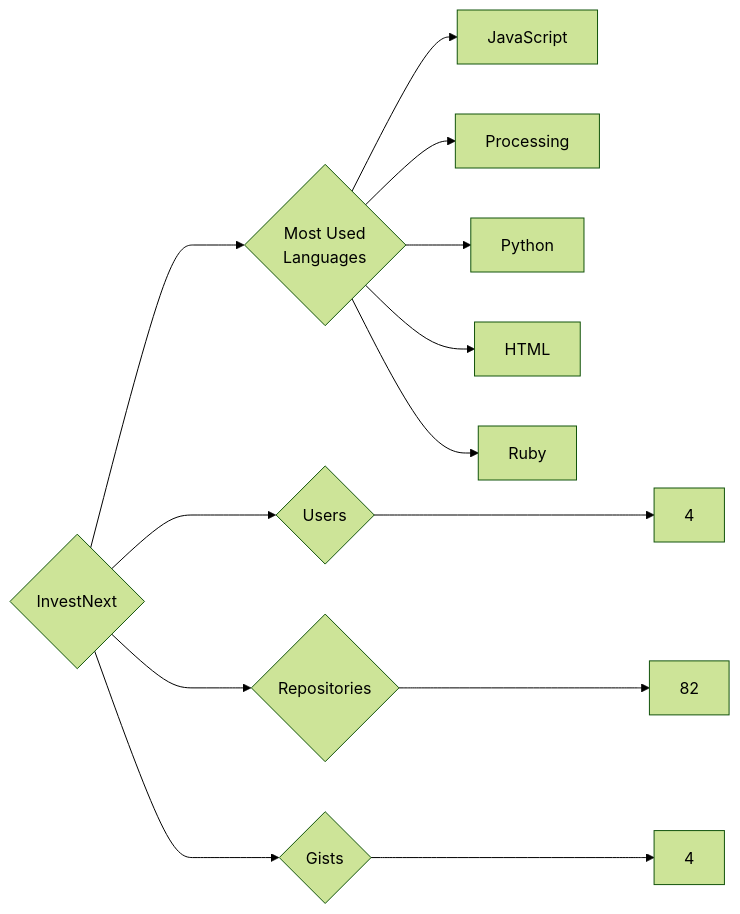
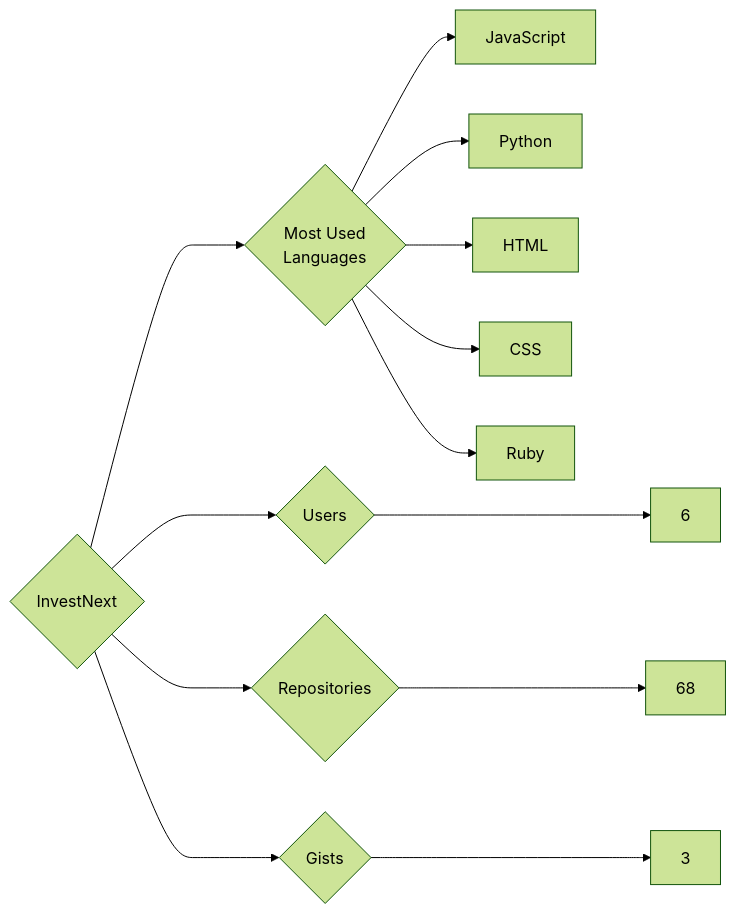
The diagram in targets/InvestNext/README.md (trickest/insiders), drawn with Mermaid (forest theme) before and after one commit. The commit also changed 1120 other files, not shown here.

````diff
--- a/targets/InvestNext/README.md
+++ b/targets/InvestNext/README.md
@@ -3,13 +3,13 @@
 ```mermaid
 graph LR
 COMPANY_NAME{InvestNext}
-COMPANY_NAME ---> U{Users} ---> UN[4]
-COMPANY_NAME ---> R{Repositories} ---> RN[82]
-COMPANY_NAME ---> G{Gists} ---> GN[4]
+COMPANY_NAME ---> U{Users} ---> UN[6]
+COMPANY_NAME ---> R{Repositories} ---> RN[68]
+COMPANY_NAME ---> G{Gists} ---> GN[3]
 COMPANY_NAME ---> ML{Most Used<br>Languages}
 ML --> JavaScript[JavaScript]
-ML --> Processing[Processing]
 ML --> Python[Python]
 ML --> HTML[HTML]
+ML --> CSS[CSS]
 ML --> Ruby[Ruby]
 ```
````
